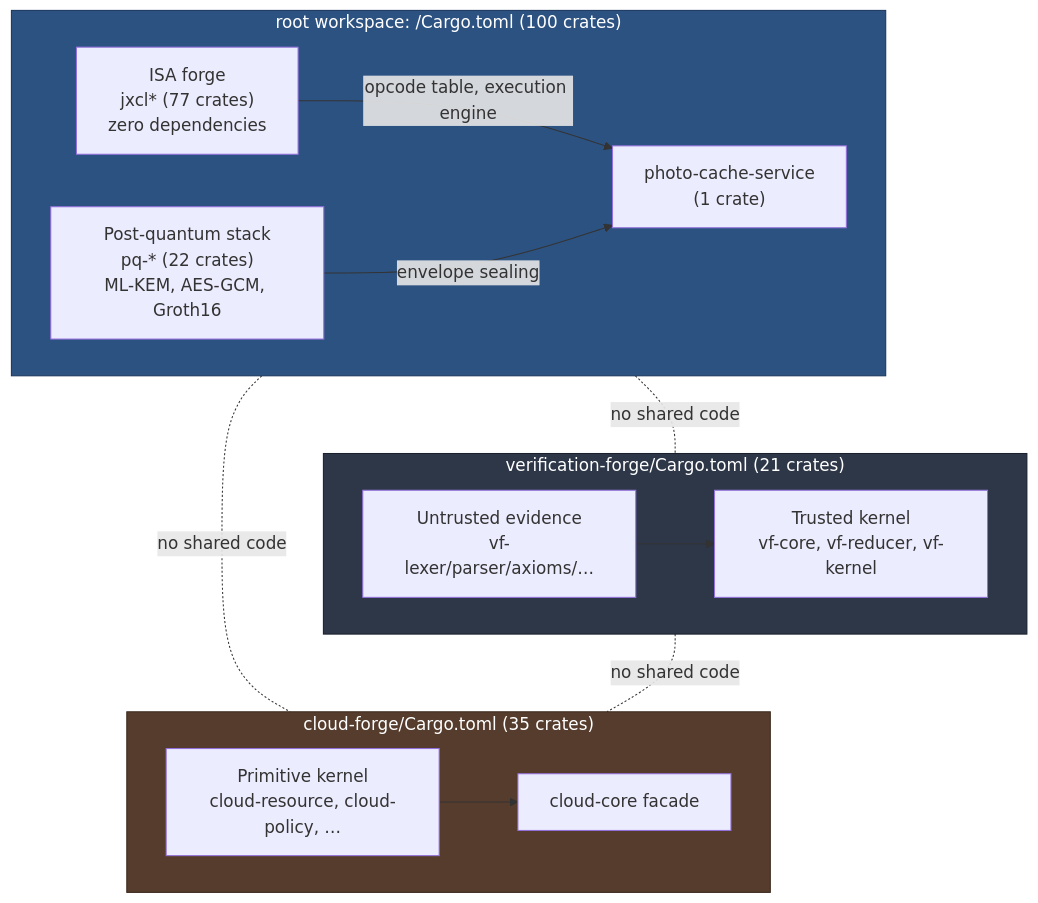
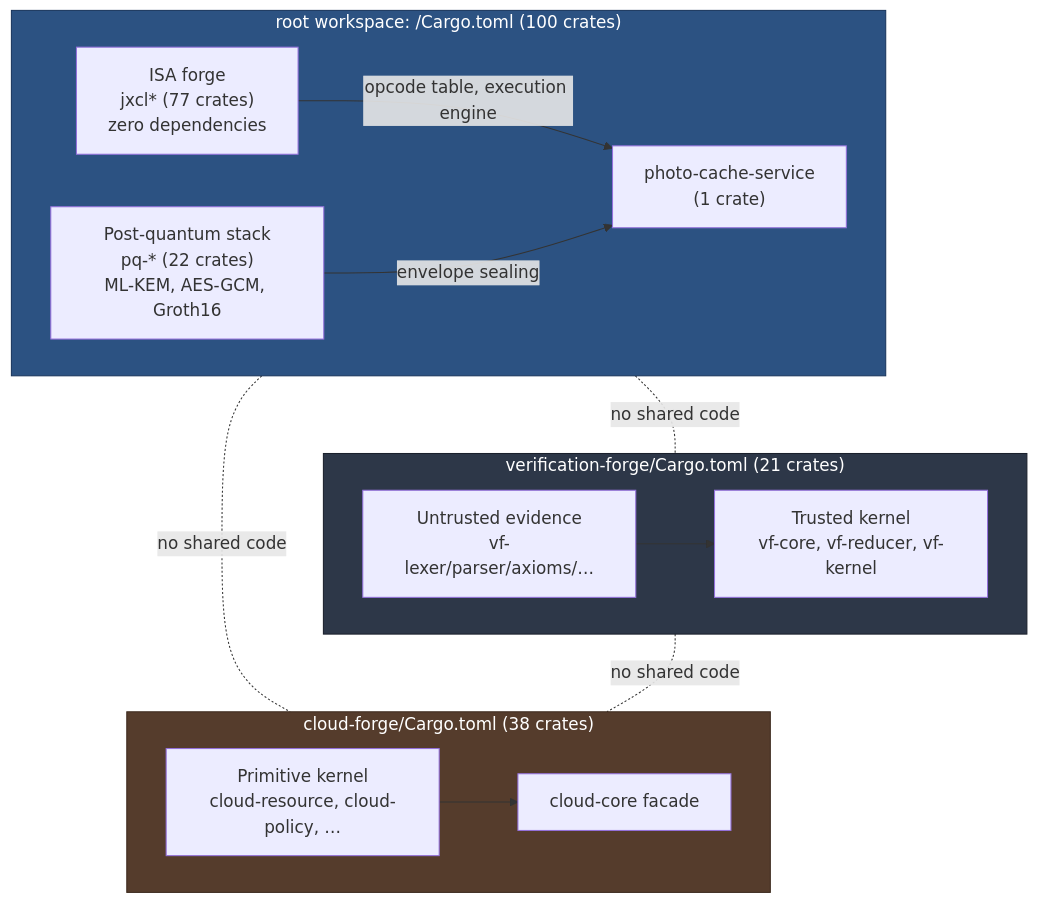
Before and after one commit to SNAPKITTYAGENT9NOVA/tlm-jxcl-forge: the first of 5 diagrams in README.md, drawn with Mermaid. The commit also changed other lines of this file and 10 other files, not shown here.

````diff
--- a/README.md
+++ b/README.md
@@ -69,33 +69,33 @@
 ```mermaid
 flowchart TB
     subgraph ROOT["root workspace: /Cargo.toml (100 crates)"]
         direction LR
         isa["ISA forge<br/>jxcl* (77 crates)<br/>zero dependencies"]
         pq["Post-quantum stack<br/>pq-* (22 crates)<br/>ML-KEM, AES-GCM, Groth16"]
         svc["photo-cache-service<br/>(1 crate)"]
         isa -->|opcode table, execution engine| svc
         pq -->|envelope sealing| svc
     end
 
     subgraph VF["verification-forge/Cargo.toml (21 crates)"]
         direction LR
         vfk["Trusted kernel<br/>vf-core, vf-reducer, vf-kernel"]
         vfe["Untrusted evidence<br/>vf-lexer/parser/axioms/…"]
         vfe --> vfk
     end
 
-    subgraph CF["cloud-forge/Cargo.toml (35 crates)"]
+    subgraph CF["cloud-forge/Cargo.toml (38 crates)"]
         direction LR
         cfk["Primitive kernel<br/>cloud-resource, cloud-policy, …"]
         cfc["cloud-core facade"]
         cfk --> cfc
     end
 
     ROOT -.no shared code.- VF
     ROOT -.no shared code.- CF
     VF -.no shared code.- CF
 
     style ROOT fill:#2c5282,color:#fff,stroke:#1a365d
     style VF fill:#2d3748,color:#fff,stroke:#1a202c
     style CF fill:#553c2c,color:#fff,stroke:#3d2b1f
 ```
````
